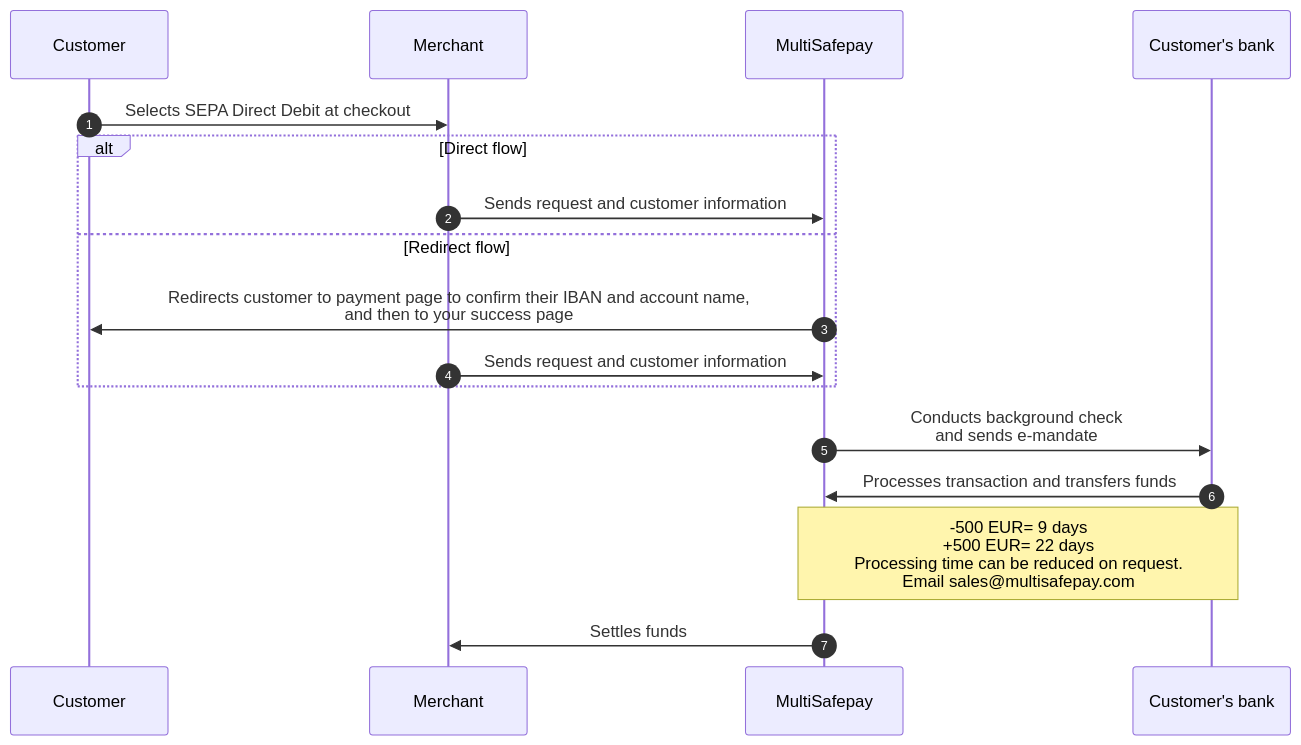
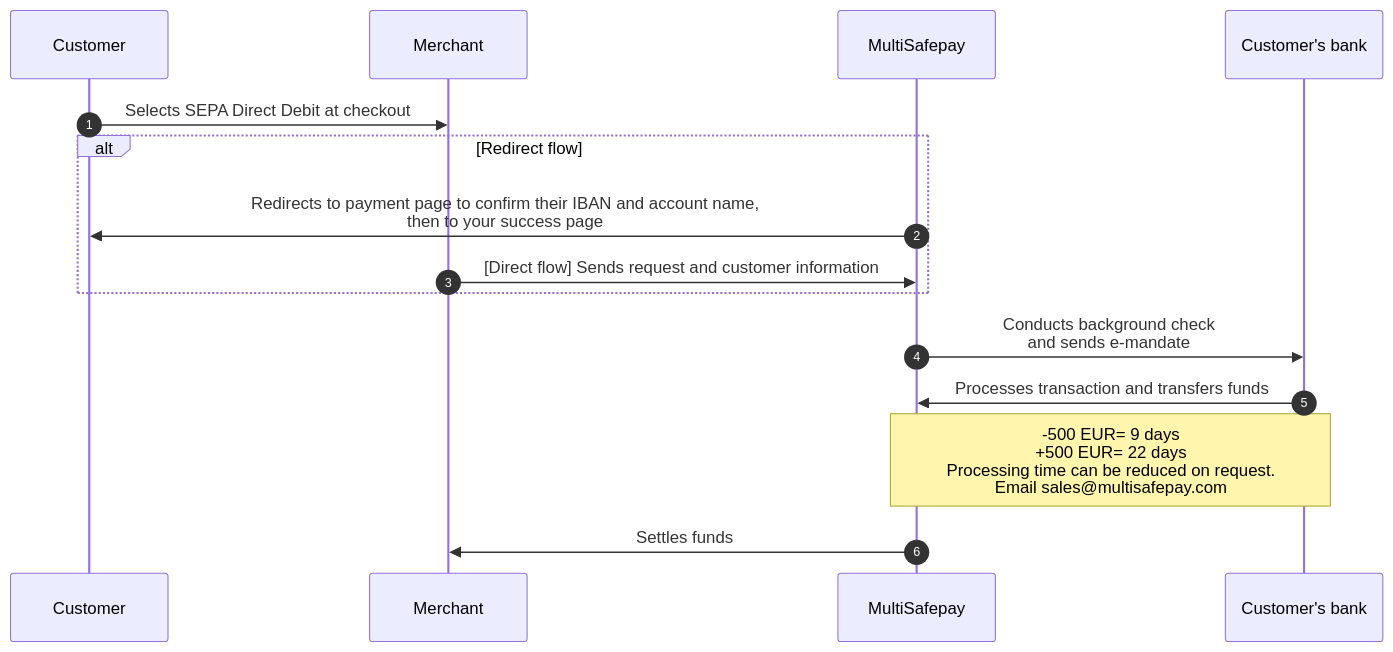
Before and after one commit to MultiSafepay/docs: the diagram in content/payments/methods/banks/sepa-direct-debit/payment-flow.md, drawn with Mermaid. The commit also changed other lines of this file and 35 other files, not shown here.

```diff
--- a/content/payments/methods/banks/sepa-direct-debit/payment-flow.md
+++ b/content/payments/methods/banks/sepa-direct-debit/payment-flow.md
@@ -22,22 +22,20 @@
 {{< mermaid class="text-center" >}}
 
 sequenceDiagram
     autonumber
     participant C as Customer
     participant Me as Merchant
     participant Mu as MultiSafepay
     participant CB as Customer's bank
     
     C->>Me: Selects SEPA Direct Debit at checkout
-    alt Direct flow
-    Me->>Mu: Sends request and customer information
-    else Redirect flow
-    Mu->>C: Redirects customer to payment page to confirm their IBAN and account name, <br> and then to your success page
-    Me->>Mu: Sends request and customer information
+    alt Redirect flow
+    Mu->>C: Redirects to payment page to confirm their IBAN and account name, <br> then to your success page
+    Me->>Mu: [Direct flow] Sends request and customer information
     end
     Mu->>CB: Conducts background check <br> and sends e-mandate
     CB->>Mu: Processes transaction and transfers funds 
     Note over CB,Mu: -500 EUR= 9 days <br> +500 EUR= 22 days <br> Processing time can be reduced on request. <br> Email sales@multisafepay.com
     Mu->>Me: Settles funds
 
 {{< /mermaid >}}
```
